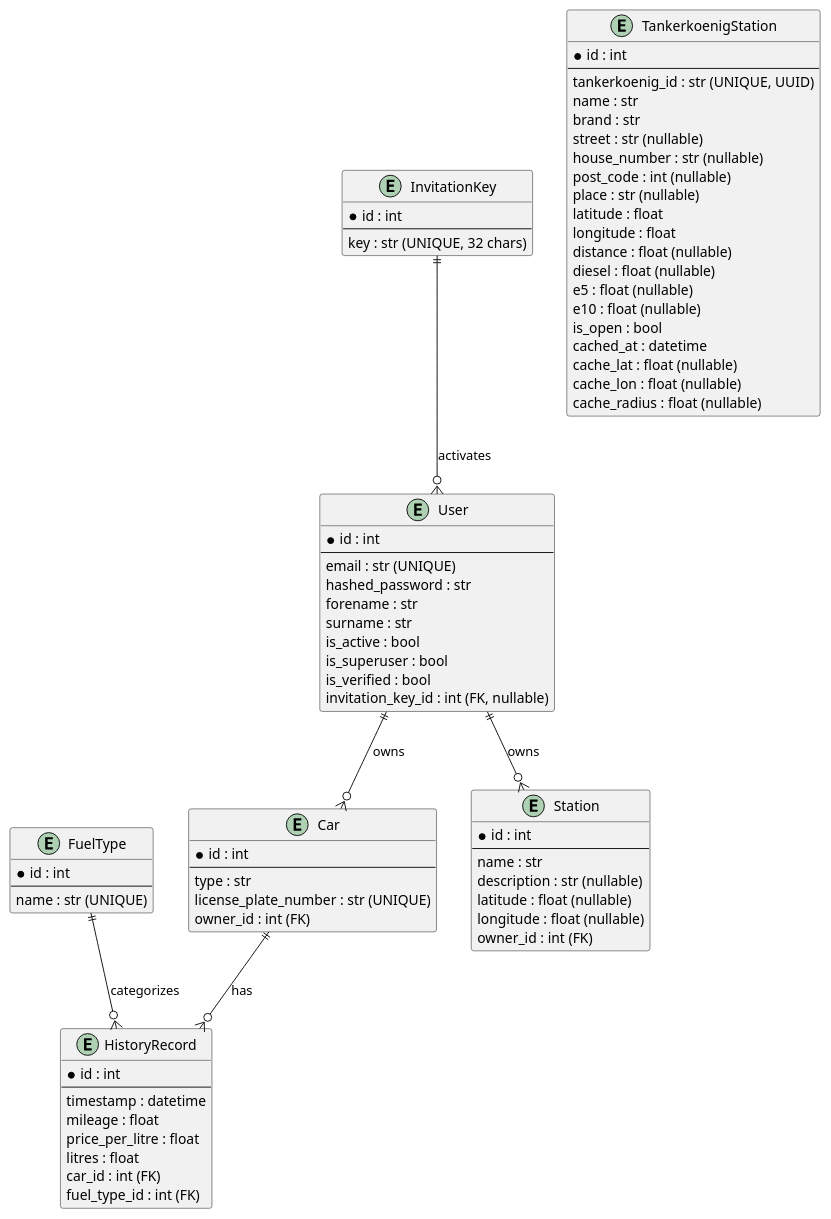
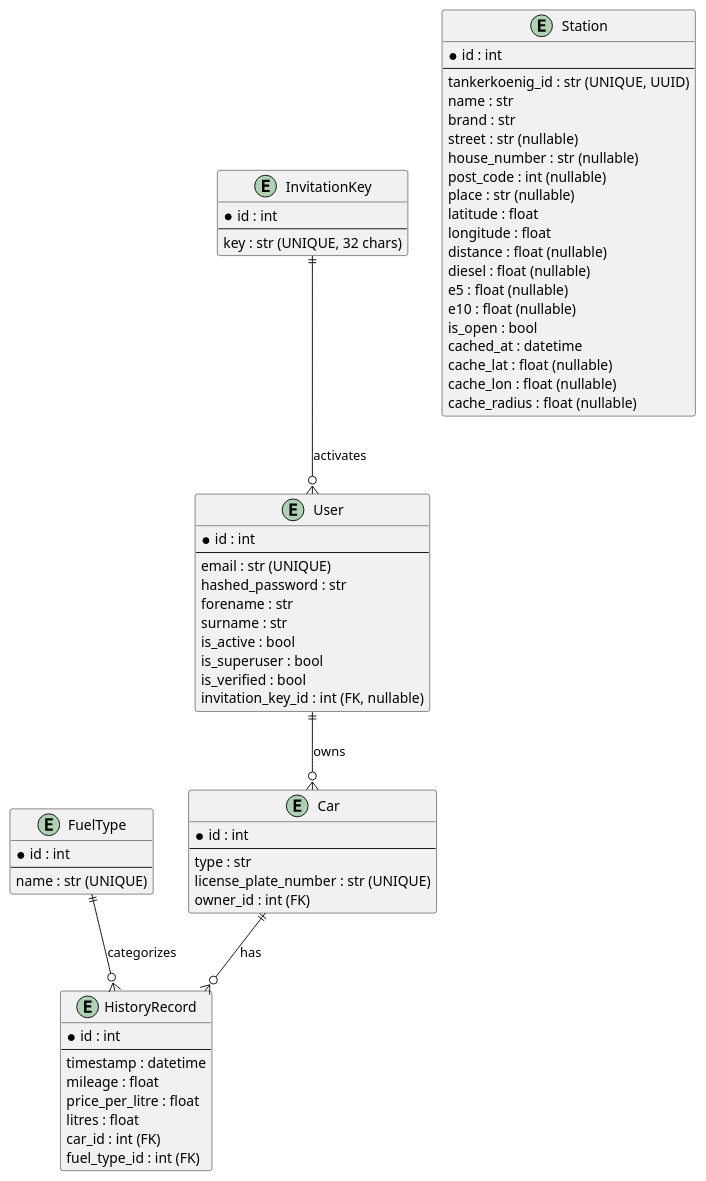
Before and after one commit to SQS-THRO/Tanker24: the third of 4 diagrams in docs/arc42/05_building_block_view.md, drawn with PlantUML. The commit also changed other lines of this file and 5 other files, not shown here.

```diff
--- a/docs/arc42/05_building_block_view.md
+++ b/docs/arc42/05_building_block_view.md
@@ -172,16 +170,6 @@
 entity "Station" as station {
     *id : int
     --
-    name : str
-    description : str (nullable)
-    latitude : float (nullable)
-    longitude : float (nullable)
-    owner_id : int (FK)
-}
-
-entity "TankerkoenigStation" as tk {
-    *id : int
-    --
     tankerkoenig_id : str (UNIQUE, UUID)
     name : str
     brand : str
@@ -204,7 +192,6 @@
 
 inv ||--o{ user : "activates"
 user ||--o{ car : "owns"
-user ||--o{ station : "owns"
 car ||--o{ hr : "has"
 ft ||--o{ hr : "categorizes"
 @enduml
```
